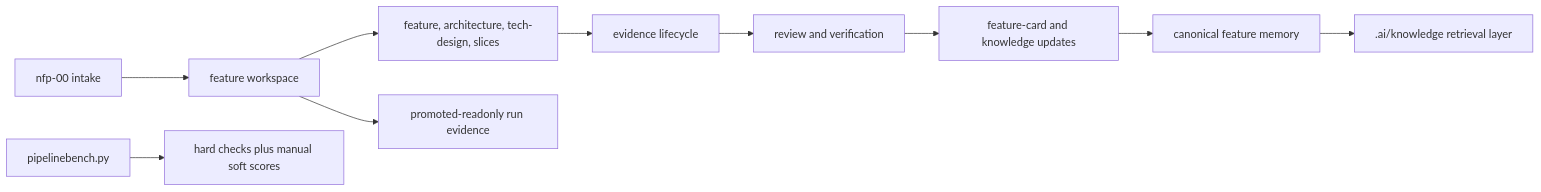
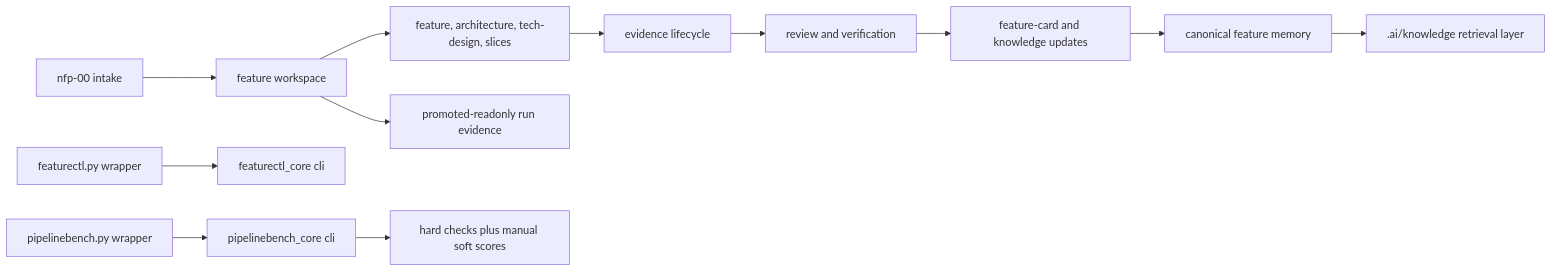
The diagram in .ai/knowledge/architecture-overview.md (Vetin/pipe), drawn with Mermaid before and after one commit. The commit also changed other lines of this file and 32 other files, not shown here.

````diff
--- a/.ai/knowledge/architecture-overview.md
+++ b/.ai/knowledge/architecture-overview.md
@@ -28,12 +31,14 @@
 ```mermaid
 flowchart LR
   Intake[nfp-00 intake] --> Workspace[feature workspace]
   Workspace --> Planning[feature, architecture, tech-design, slices]
   Planning --> Evidence[evidence lifecycle]
   Evidence --> Review[review and verification]
   Review --> Finish[feature-card and knowledge updates]
   Finish --> Canonical[canonical feature memory]
   Canonical --> Knowledge[.ai/knowledge retrieval layer]
   Workspace --> Readonly[promoted-readonly run evidence]
-  Bench[pipelinebench.py] --> Score[hard checks plus manual soft scores]
+  FeatureCtl[featurectl.py wrapper] --> FeatureCtlCore[featurectl_core cli]
+  Bench[pipelinebench.py wrapper] --> BenchCore[pipelinebench_core cli]
+  BenchCore --> Score[hard checks plus manual soft scores]
 ```
````
